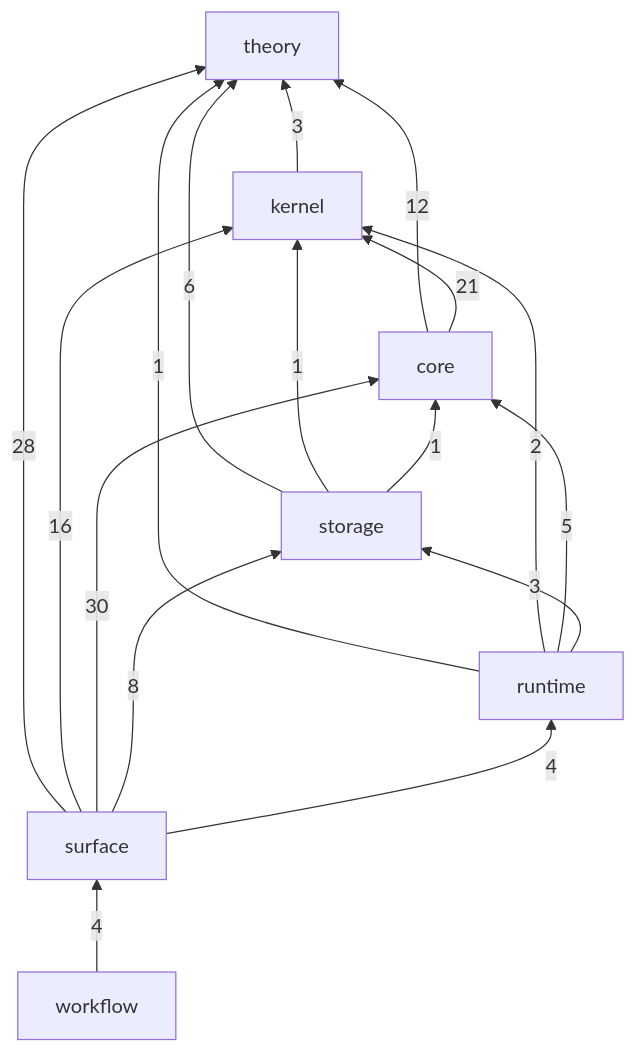
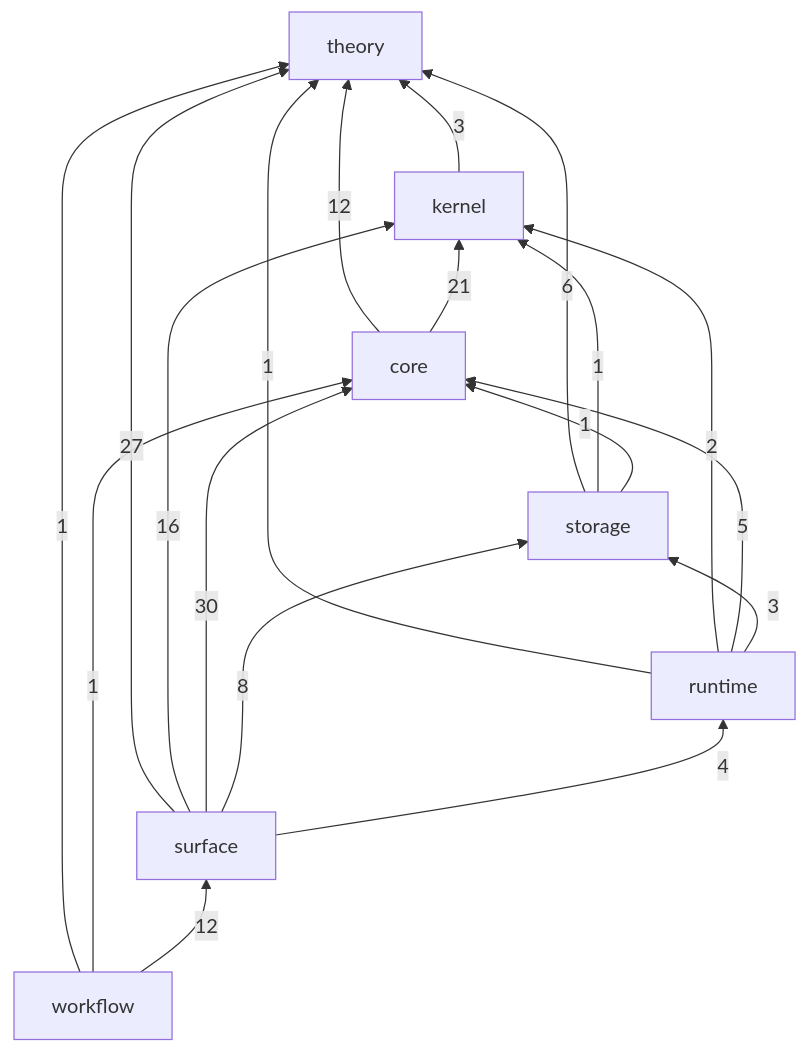
Before and after one commit to gandr-lang/gandr: the diagram in ledger/README.md, drawn with Mermaid. The commit also changed other lines of this file and 44 other files, not shown here.

````diff
--- a/ledger/README.md
+++ b/ledger/README.md
@@ -28,26 +28,28 @@
 ```mermaid
 flowchart BT
   theory
   kernel
   core
   storage
   runtime
   surface
   workflow
   kernel -->|3| theory
   core -->|12| theory
   core -->|21| kernel
   storage -->|6| theory
   storage -->|1| kernel
   storage -->|1| core
   runtime -->|1| theory
   runtime -->|2| kernel
   runtime -->|5| core
   runtime -->|3| storage
-  surface -->|28| theory
+  surface -->|27| theory
   surface -->|16| kernel
   surface -->|30| core
   surface -->|8| storage
   surface -->|4| runtime
-  workflow -->|4| surface
+  workflow -->|1| theory
+  workflow -->|1| core
+  workflow -->|12| surface
 ```
````
